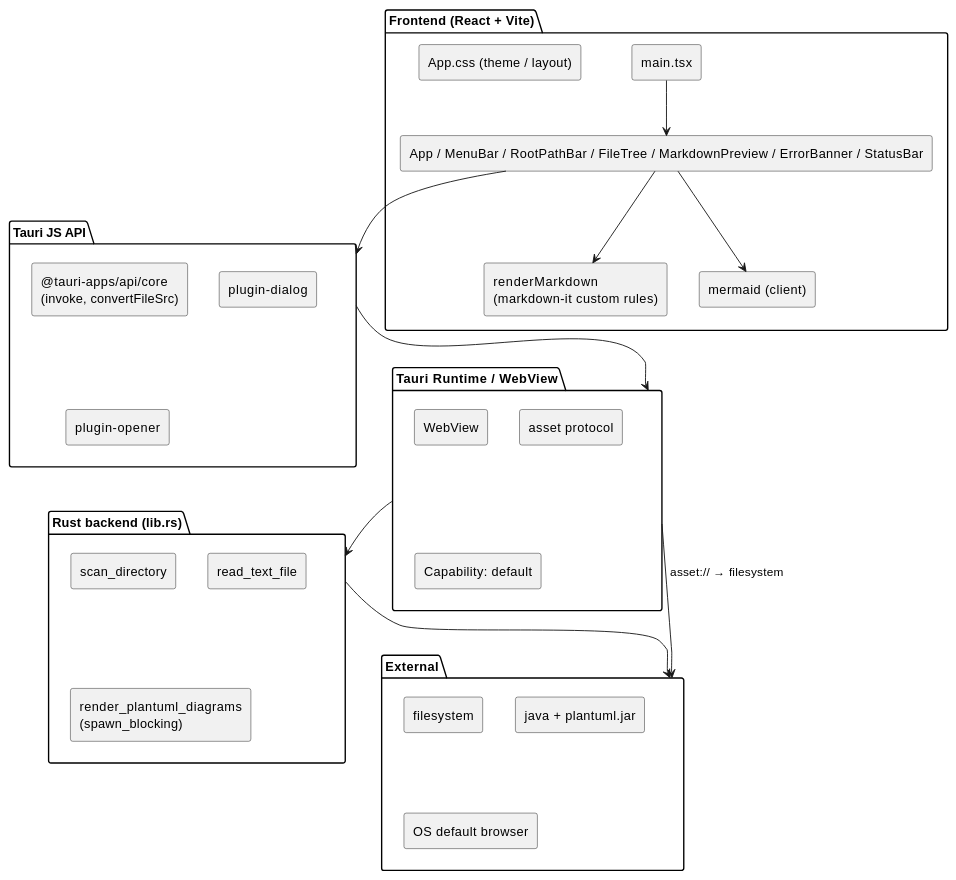
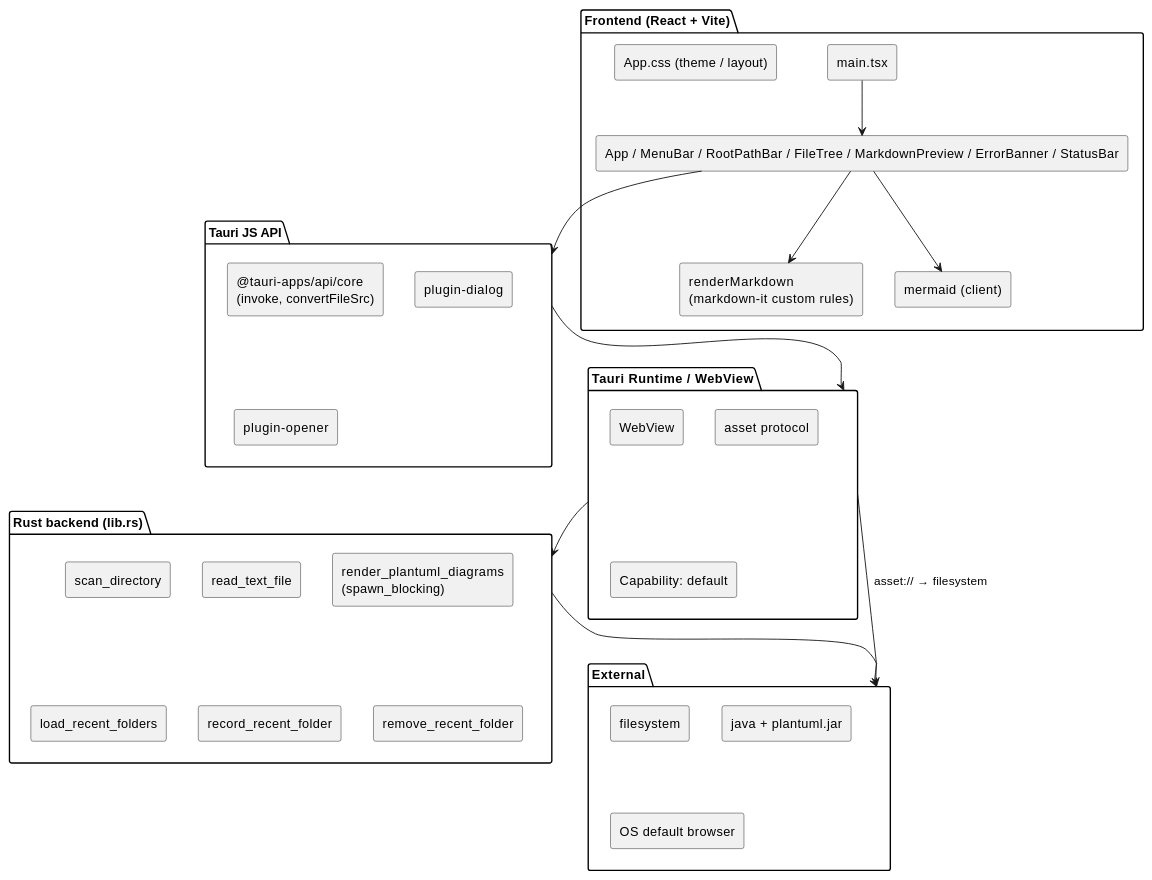
Before and after one commit to an-embedded-engineer/MarkdownViewer: the first of 3 diagrams in docs/components/tauri_viewer/basic_design.md, drawn with PlantUML. The commit also changed other lines of this file and 8 other files, not shown here.

Commit message:
Phase 3 implement Tauri recent folders

````diff
--- a/docs/components/tauri_viewer/basic_design.md
+++ b/docs/components/tauri_viewer/basic_design.md
@@ -40,47 +48,50 @@
 ```plantuml
 @startuml
 skinparam shadowing false
 skinparam componentStyle rectangle
 
 package "Frontend (React + Vite)" as F {
   [main.tsx]
   [App / MenuBar / RootPathBar / FileTree / MarkdownPreview / ErrorBanner / StatusBar]
   [renderMarkdown\n(markdown-it custom rules)]
   [mermaid (client)]
   [App.css (theme / layout)]
 }
 
 package "Tauri JS API" as TJS {
   [@tauri-apps/api/core\n(invoke, convertFileSrc)]
   [plugin-dialog]
   [plugin-opener]
 }
 
 package "Tauri Runtime / WebView" as TR {
   [WebView]
   [asset protocol]
   [Capability: default]
 }
 
 package "Rust backend (lib.rs)" as R {
   [scan_directory]
   [read_text_file]
   [render_plantuml_diagrams\n(spawn_blocking)]
+  [load_recent_folders]
+  [record_recent_folder]
+  [remove_recent_folder]
 }
 
 package "External" as E {
   [filesystem]
   [java + plantuml.jar]
   [OS default browser]
 }
 
 [main.tsx] --> [App / MenuBar / RootPathBar / FileTree / MarkdownPreview / ErrorBanner / StatusBar]
 [App / MenuBar / RootPathBar / FileTree / MarkdownPreview / ErrorBanner / StatusBar] --> TJS
 [App / MenuBar / RootPathBar / FileTree / MarkdownPreview / ErrorBanner / StatusBar] --> [renderMarkdown\n(markdown-it custom rules)]
 [App / MenuBar / RootPathBar / FileTree / MarkdownPreview / ErrorBanner / StatusBar] --> [mermaid (client)]
 TJS --> TR
 TR --> R
 R --> E
 TR --> E : asset:// → filesystem
 @enduml
 ```
````
